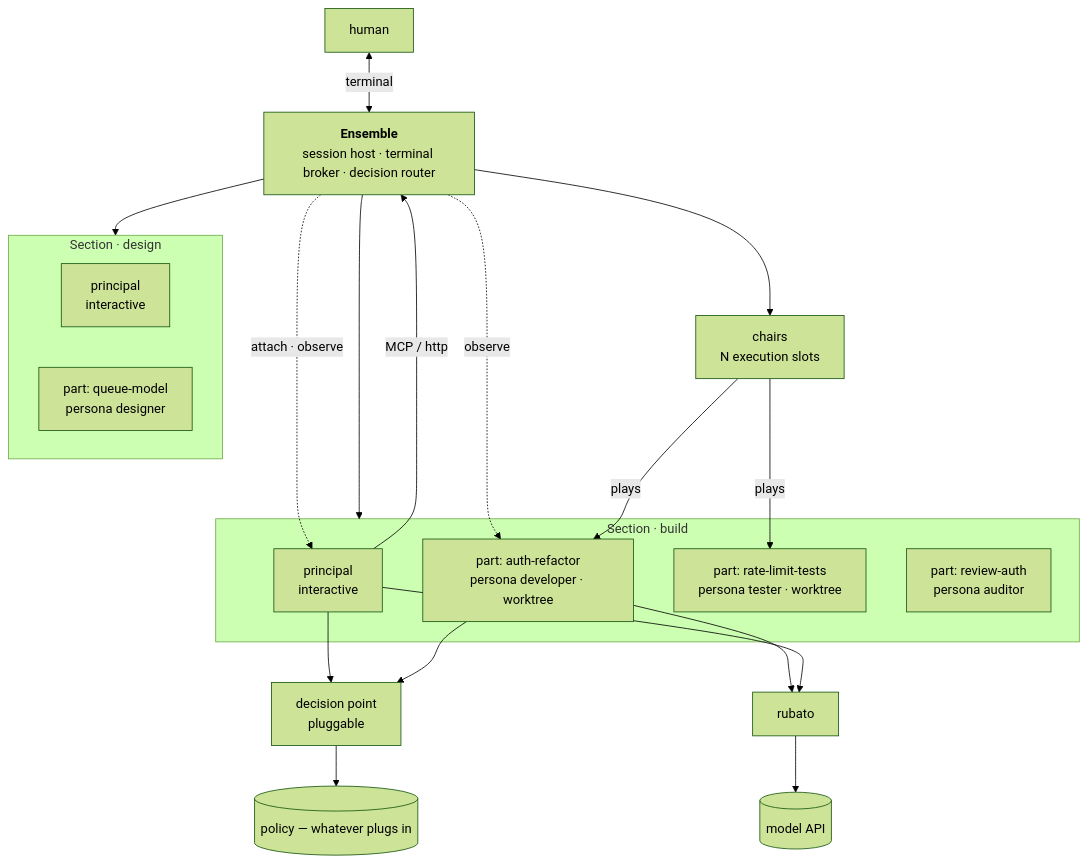
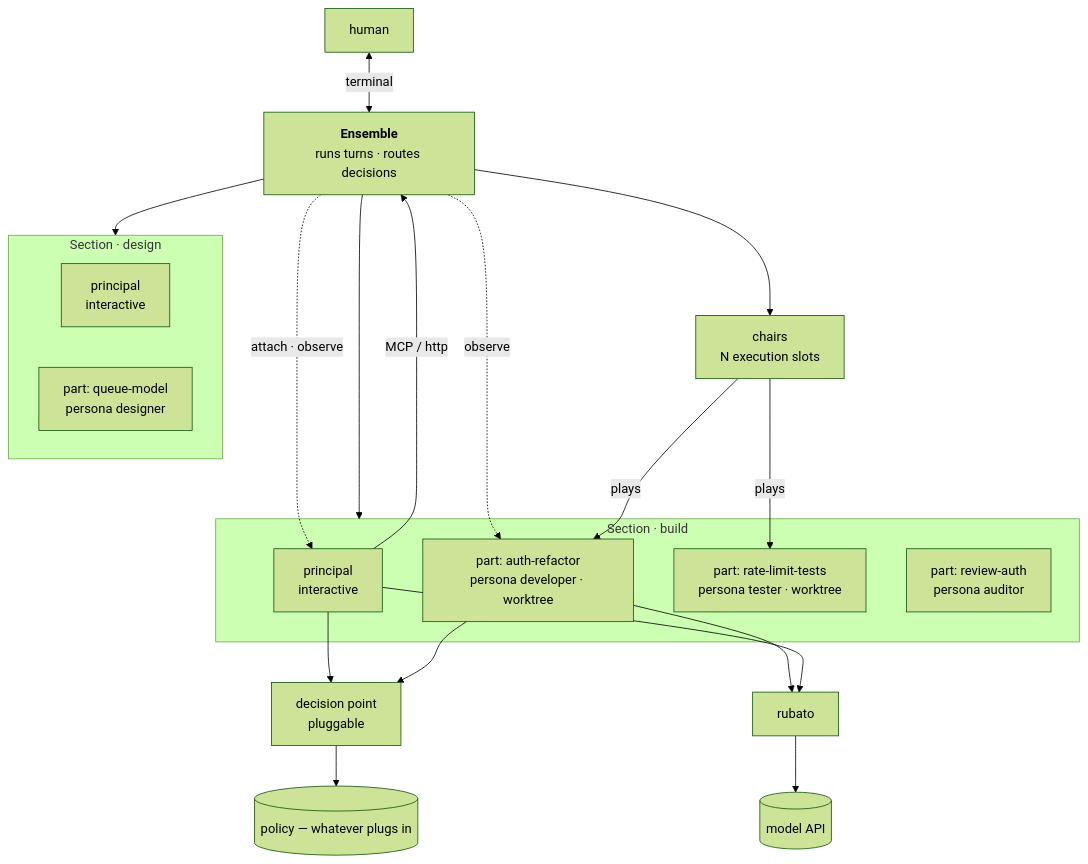
Before and after one commit to noclearreaction/symphony-maestro: the first of 5 diagrams in docs/ensemble/README.md, drawn with Mermaid (forest theme). The commit also changed other lines of this file, not shown here.

First line of the commit message:
docs(ensemble): one core over files, spawned entry points

````diff
--- a/docs/ensemble/README.md
+++ b/docs/ensemble/README.md
@@ -109,39 +112,39 @@
 ```mermaid
 flowchart TB
   H["human"]
-  ENS["<b>Ensemble</b><br/>session host · terminal broker · decision router"]
+  ENS["<b>Ensemble</b><br/>runs turns · routes decisions"]
 
   subgraph S1["Section · build"]
     P1["principal<br/>interactive"]
     A1["part: auth-refactor<br/>persona developer · worktree"]
     A2["part: rate-limit-tests<br/>persona tester · worktree"]
     A3["part: review-auth<br/>persona auditor"]
   end
 
   subgraph S2["Section · design"]
     P2["principal<br/>interactive"]
     D1["part: queue-model<br/>persona designer"]
   end
 
   CH["chairs<br/>N execution slots"]
   DEC["decision point<br/>pluggable"]
   POL[("policy — whatever plugs in")]
   RUB["rubato"]
   API[("model API")]
 
   H <-->|"terminal"| ENS
   ENS -.->|"attach · observe"| P1
   ENS -.->|"observe"| A1
   ENS --> S1
   ENS --> S2
   ENS --> CH
   CH -->|"plays"| A1
   CH -->|"plays"| A2
   P1 -->|"MCP / http"| ENS
   P1 --> DEC
   A1 --> DEC
   DEC --> POL
   A1 --> RUB
   P1 --> RUB
   RUB --> API
 ```
````
